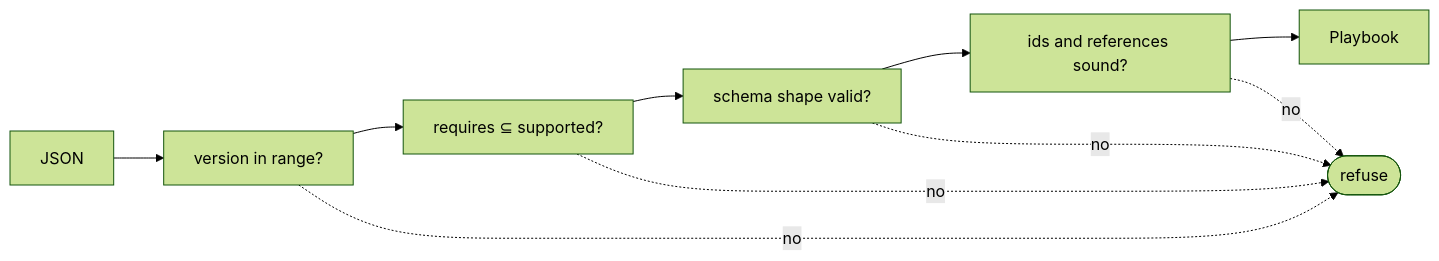
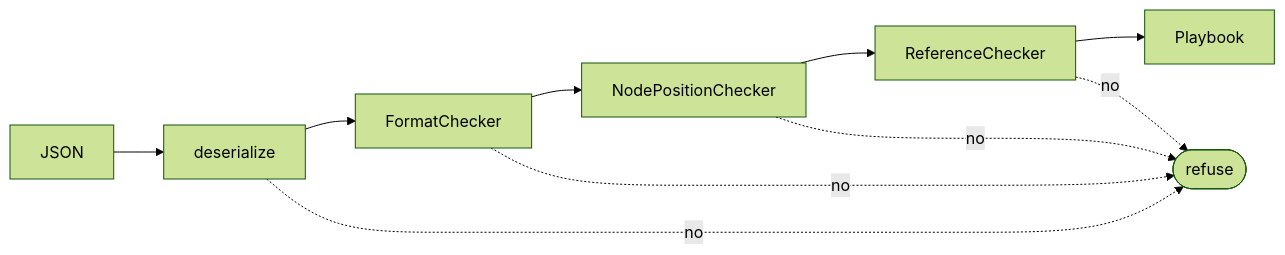
One commit to pengzhengyi/dialoguedown changed the second of 2 diagrams in docs/contributing/design-notes/Playbook Format.md. Above: the diagram before and after it, drawn with Mermaid (forest theme). The commit also changed other lines of this file and 1 other file, not shown here.

First line of the commit message:
docs(playbook): reconcile the note with what shipped

````diff
--- a/docs/contributing/design-notes/Playbook Format.md
+++ b/docs/contributing/design-notes/Playbook Format.md
@@ -277,9 +302,9 @@
 ```mermaid
 flowchart LR
-    J["JSON"] --> V["version in range?"] --> C["requires ⊆ supported?"]
-    C --> S["schema shape valid?"] --> I["ids and references sound?"] --> P["Playbook"]
-    V -.->|no| X(["refuse"])
-    C -.->|no| X
-    S -.->|no| X
-    I -.->|no| X
+    J["JSON"] --> D["deserialize"] --> F["FormatChecker"]
+    F --> N["NodePositionChecker"] --> R["ReferenceChecker"] --> P["Playbook"]
+    D -.->|no| X(["refuse"])
+    F -.->|no| X
+    N -.->|no| X
+    R -.->|no| X
 ```
````
